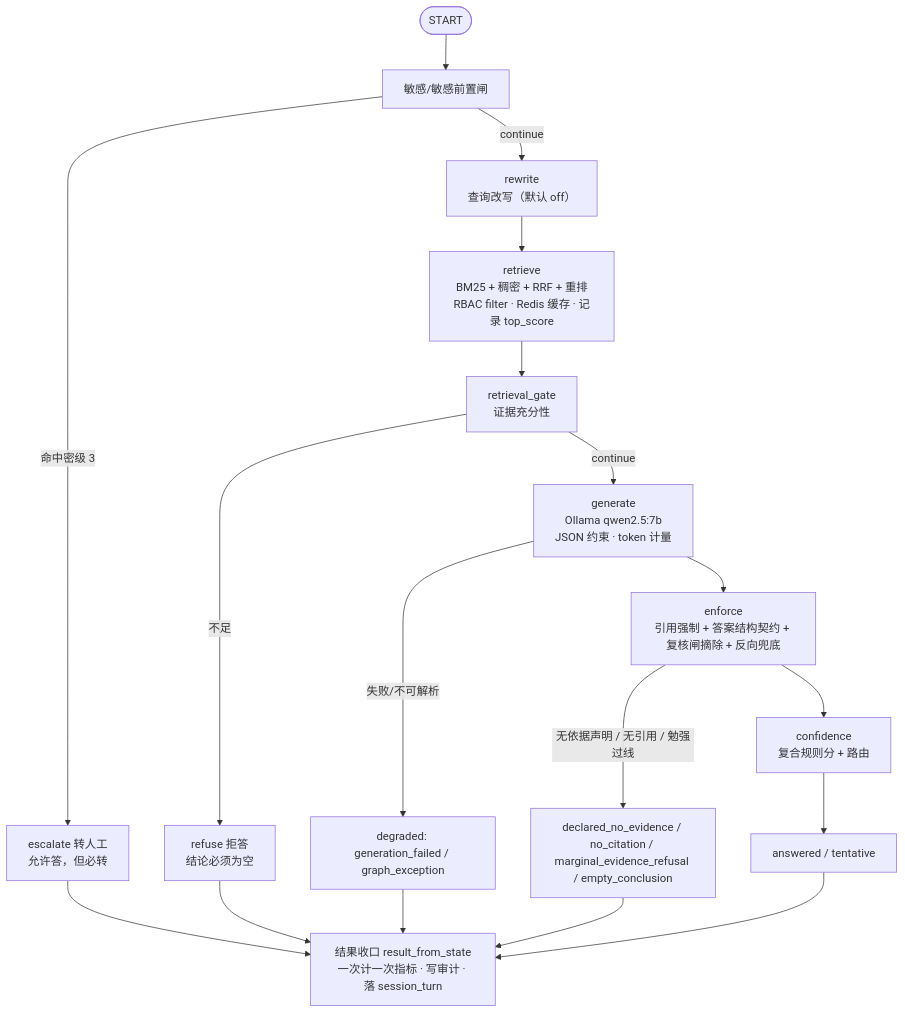
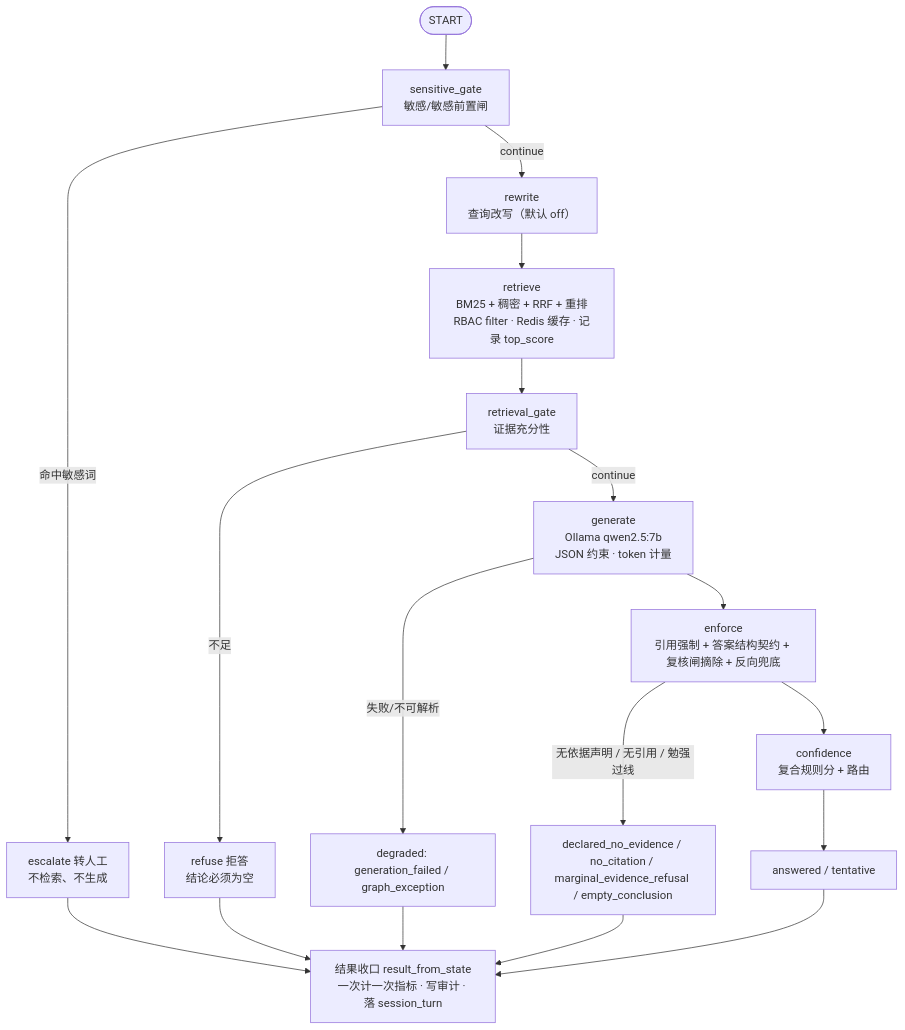
One commit to young0617-02/know-effect-engine changed the fourth of 5 diagrams in Material/架构图文档.md. Above: the diagram before and after it, drawn with Mermaid. The commit also changed other lines of this file and 17 other files, not shown here.

````diff
--- a/Material/架构图文档.md
+++ b/Material/架构图文档.md
@@ -195,20 +207,20 @@
 ```mermaid
 flowchart TB
-    S(["START"]) --> SG["敏感/敏感前置闸"]
-    SG -->|命中密级 3| E1["escalate 转人工<br/>允许答，但必转"]
+    S(["START"]) --> SG["sensitive_gate<br/>敏感/敏感前置闸"]
+    SG -->|命中敏感词| E1["escalate 转人工<br/>不检索、不生成"]
     SG -->|continue| RW["rewrite<br/>查询改写（默认 off）"]
     RW --> RT["retrieve<br/>BM25 + 稠密 + RRF + 重排<br/>RBAC filter · Redis 缓存 · 记录 top_score"]
     RT --> RG["retrieval_gate<br/>证据充分性"]
     RG -->|不足| E2["refuse 拒答<br/>结论必须为空"]
     RG -->|continue| GE["generate<br/>Ollama qwen2.5:7b<br/>JSON 约束 · token 计量"]
     GE -->|失败/不可解析| E3["degraded: generation_failed / graph_exception"]
     GE --> EN["enforce<br/>引用强制 + 答案结构契约 + 复核闸摘除 + 反向兜底"]
     EN -->|无依据声明 / 无引用 / 勉强过线| E4["declared_no_evidence / no_citation / marginal_evidence_refusal / empty_conclusion"]
     EN --> CF["confidence<br/>复合规则分 + 路由"]
     CF --> E5["answered / tentative"]
     E1 --> OUT["结果收口 result_from_state<br/>一次计一次指标 · 写审计 · 落 session_turn"]
     E2 --> OUT
     E3 --> OUT
     E4 --> OUT
     E5 --> OUT
 ```
````
